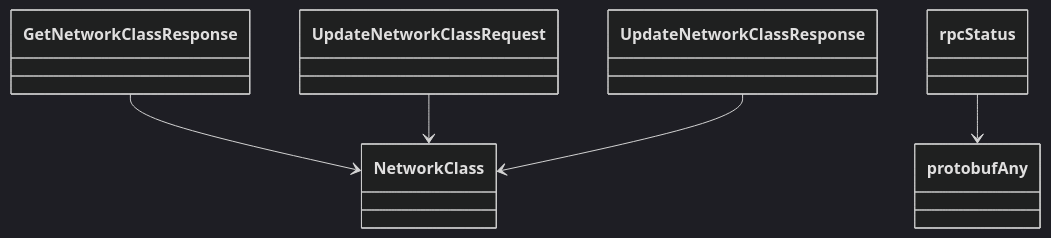
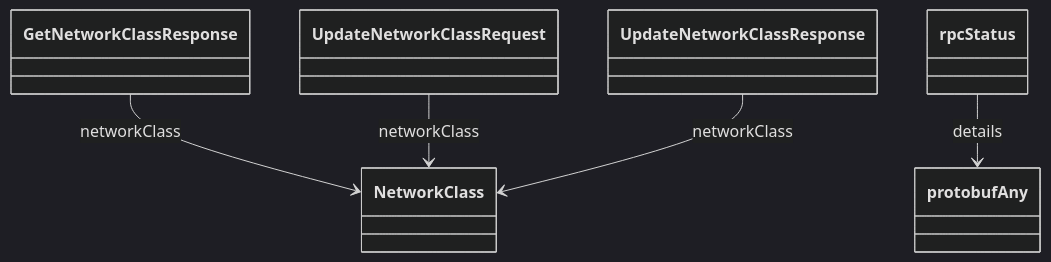
The sixth of 6 diagrams in docs/sphinx/services/network_class.md (alexdearaujo/community_sdk_python), drawn with Mermaid (dark theme) before and after one commit. The commit also changed other lines of this file and 129 other files, not shown here.

````diff
--- a/docs/sphinx/services/network_class.md
+++ b/docs/sphinx/services/network_class.md
@@ -178,13 +199,13 @@
 ```mermaid
 classDiagram
     class GetNetworkClassResponse
     class NetworkClass
     class UpdateNetworkClassRequest
     class UpdateNetworkClassResponse
     class protobufAny
     class rpcStatus
-    GetNetworkClassResponse --> NetworkClass
-    UpdateNetworkClassRequest --> NetworkClass
-    UpdateNetworkClassResponse --> NetworkClass
-    rpcStatus --> protobufAny
+    GetNetworkClassResponse --> NetworkClass : networkClass
+    UpdateNetworkClassRequest --> NetworkClass : networkClass
+    UpdateNetworkClassResponse --> NetworkClass : networkClass
+    rpcStatus --> protobufAny : details
 ```
````
